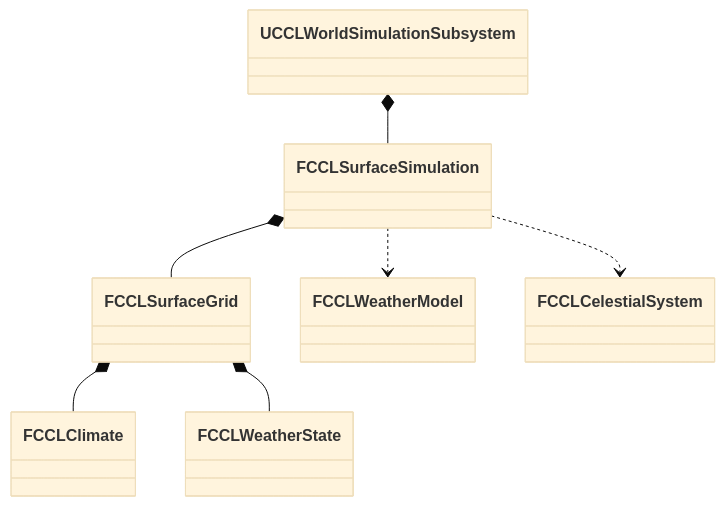
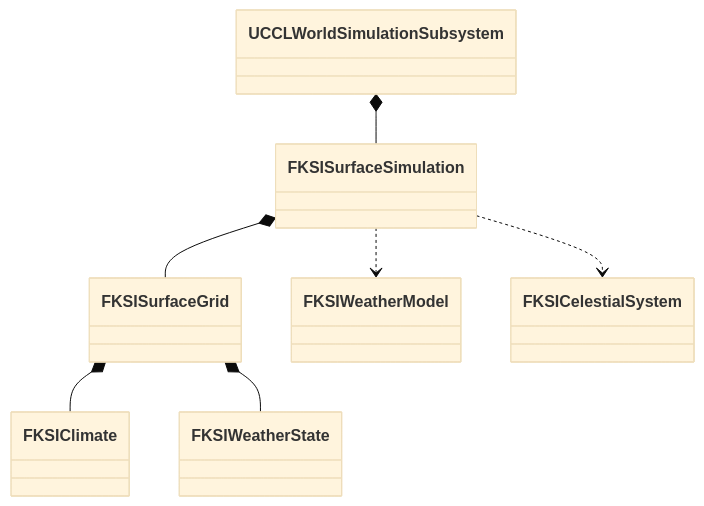
One commit to kang-sihwon/ccl8 changed the diagram in Docs/EnvironmentWeather.md. Above: the diagram before and after it, drawn with Mermaid (base theme). The commit also changed other lines of this file and 6 other files, not shown here.

````diff
--- a/Docs/EnvironmentWeather.md
+++ b/Docs/EnvironmentWeather.md
@@ -11,9 +9,9 @@
 ```mermaid
 classDiagram
-    UCCLWorldSimulationSubsystem *-- FCCLSurfaceSimulation
-    FCCLSurfaceSimulation *-- FCCLSurfaceGrid
-    FCCLSurfaceGrid *-- FCCLClimate
-    FCCLSurfaceGrid *-- FCCLWeatherState
-    FCCLSurfaceSimulation ..> FCCLWeatherModel
-    FCCLSurfaceSimulation ..> FCCLCelestialSystem
+    UCCLWorldSimulationSubsystem *-- FKSISurfaceSimulation
+    FKSISurfaceSimulation *-- FKSISurfaceGrid
+    FKSISurfaceGrid *-- FKSIClimate
+    FKSISurfaceGrid *-- FKSIWeatherState
+    FKSISurfaceSimulation ..> FKSIWeatherModel
+    FKSISurfaceSimulation ..> FKSICelestialSystem
 ```
````
